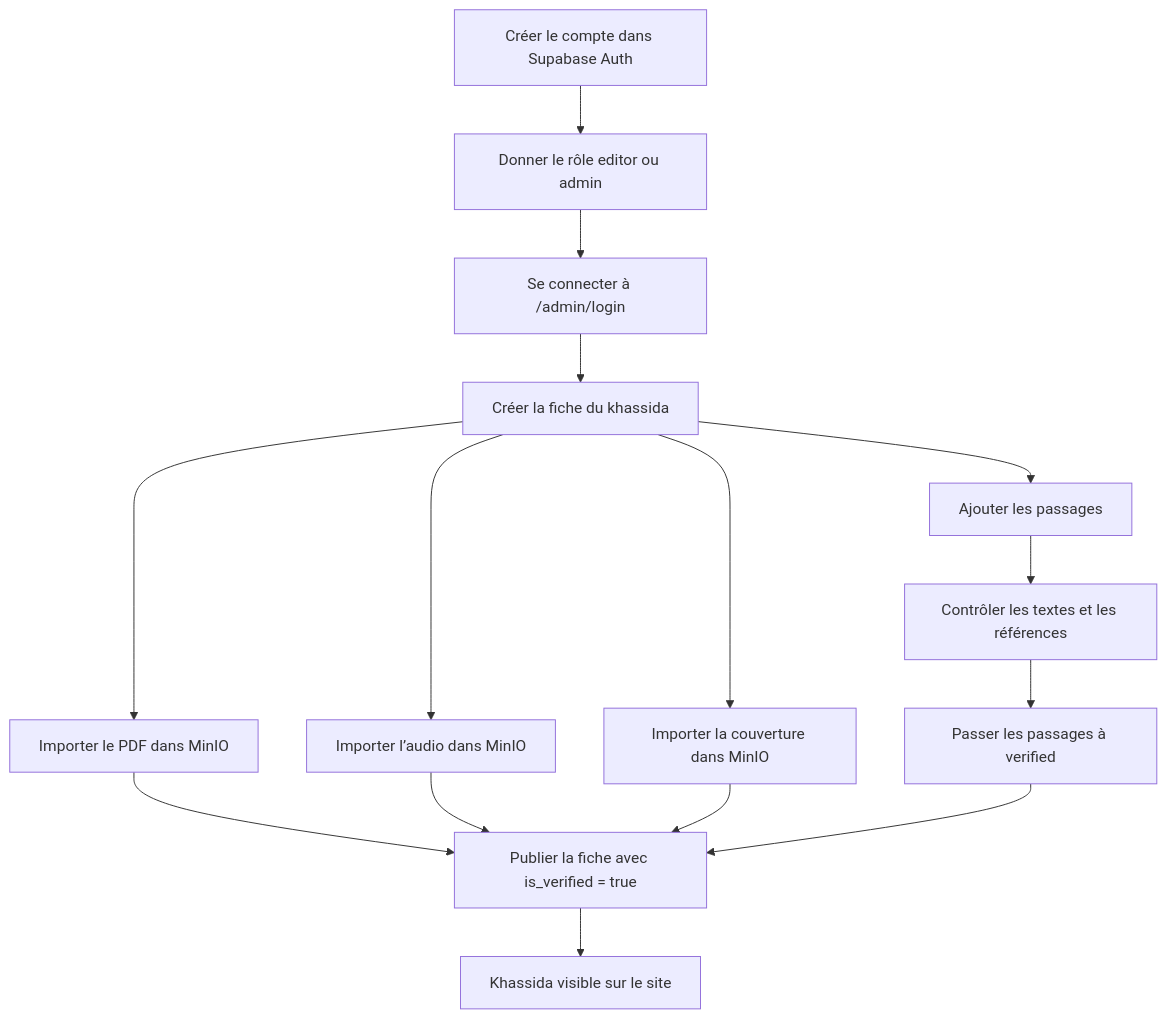
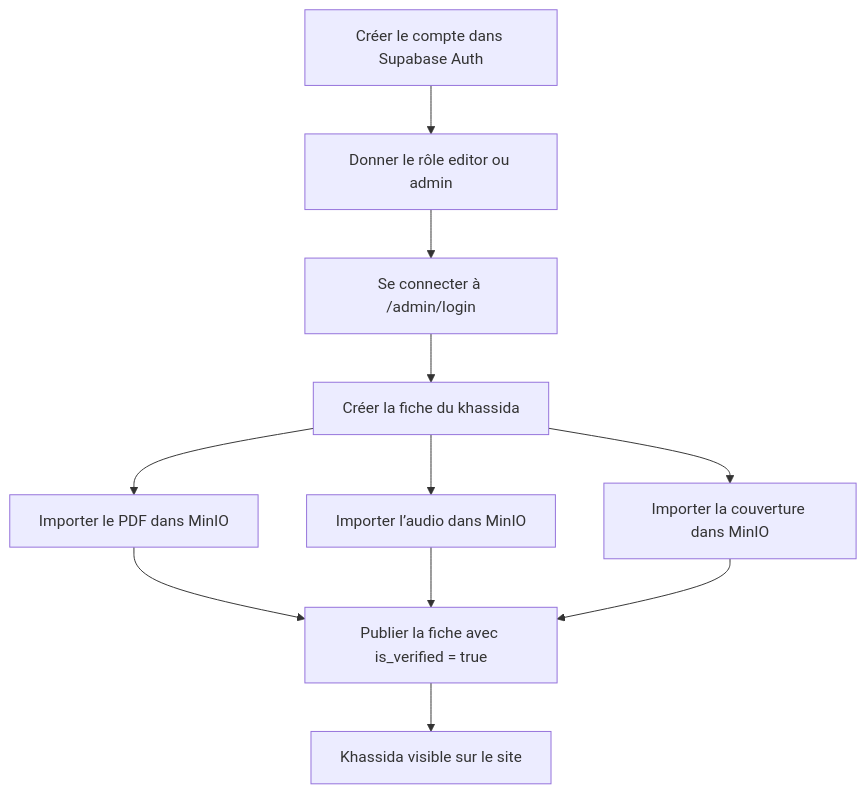
The first of 2 diagrams in docs/AJOUTER-UN-KHASSIDA.md (MouridLab/xassida-search), drawn with Mermaid before and after one commit. The commit also changed other lines of this file and 8 other files, not shown here.

````diff
--- a/docs/AJOUTER-UN-KHASSIDA.md
+++ b/docs/AJOUTER-UN-KHASSIDA.md
@@ -7,17 +7,13 @@
 ```mermaid
 flowchart TD
     A[Créer le compte dans Supabase Auth] --> B[Donner le rôle editor ou admin]
     B --> C[Se connecter à /admin/login]
     C --> D[Créer la fiche du khassida]
     D --> E[Importer le PDF dans MinIO]
     D --> F[Importer l’audio dans MinIO]
     D --> G[Importer la couverture dans MinIO]
-    D --> H[Ajouter les passages]
-    H --> I[Contrôler les textes et les références]
-    I --> J[Passer les passages à verified]
     E --> K[Publier la fiche avec is_verified = true]
     F --> K
     G --> K
-    J --> K
     K --> L[Khassida visible sur le site]
 ```
````
